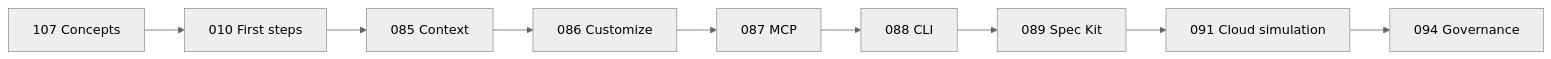
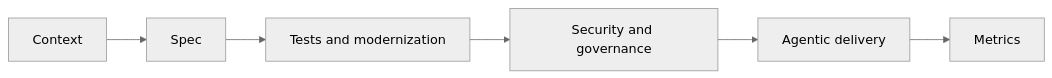
One commit to lcarli/AI-LearningHub changed the diagram in docs/docs/en/paths/copilot/index.md. Above: the diagram before and after it, drawn with Mermaid (neutral theme). The commit also changed other lines of this file and 291 other files, not shown here.

Commit message:
Implement roadmap phase 2 curriculum and kits

````diff
--- a/docs/docs/en/paths/copilot/index.md
+++ b/docs/docs/en/paths/copilot/index.md
@@ -32,11 +5,8 @@
 ```mermaid
 flowchart LR
-  L107[107 Concepts] --> L010[010 First steps]
-  L010 --> L085[085 Context]
-  L085 --> L086[086 Customize]
-  L086 --> L087[087 MCP]
-  L087 --> L088[088 CLI]
-  L088 --> L089[089 Spec Kit]
-  L089 --> L091[091 Cloud simulation]
-  L091 --> L094[094 Governance]
+  C[Context] --> S[Spec]
+  S --> T[Tests and modernization]
+  T --> G[Security and governance]
+  G --> A[Agentic delivery]
+  A --> M[Metrics]
 ```
````
